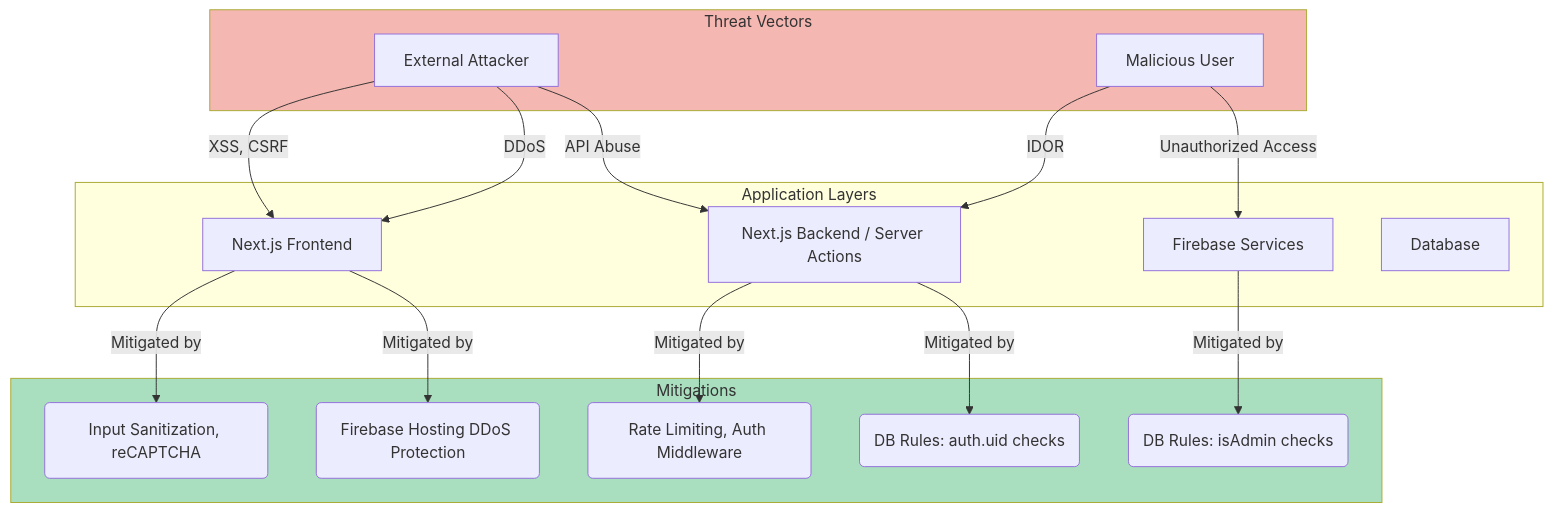
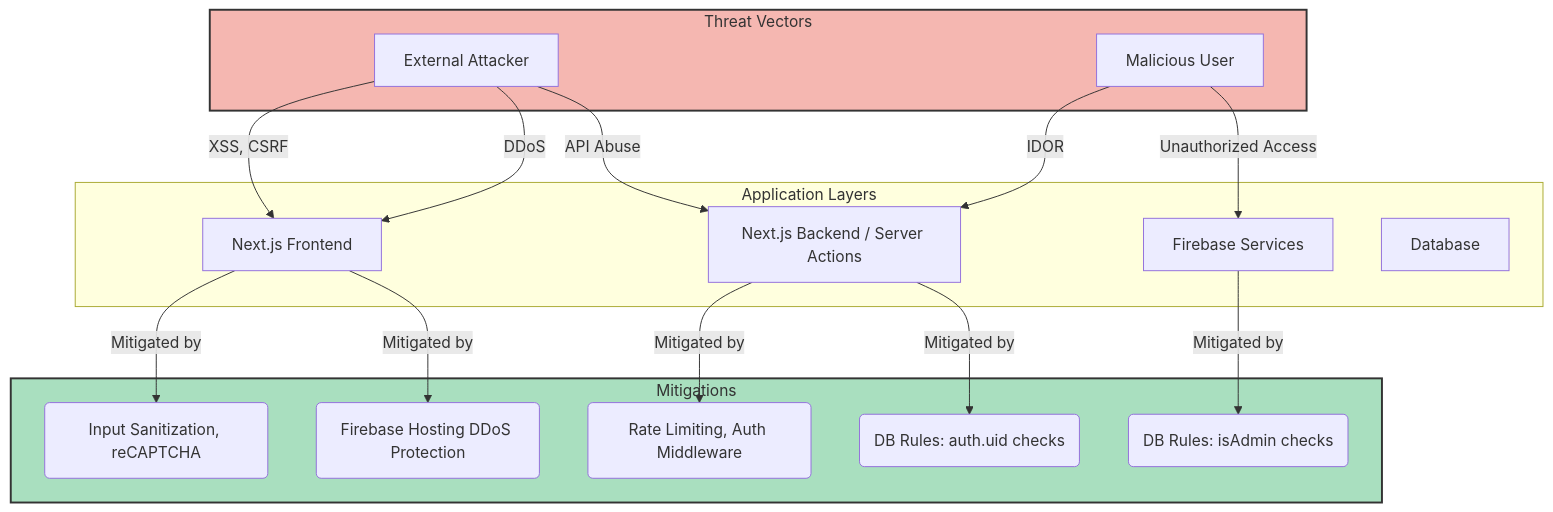
The fourth of 6 diagrams in src/markdown_files/VISUAL_FRAMEWORK.md (Kmaina32/Ubuntu-Academy-), drawn with Mermaid before and after one commit. The commit also changed other lines of this file, not shown here.

Commit message:
some diagrams now have errors

````diff
--- a/src/markdown_files/VISUAL_FRAMEWORK.md
+++ b/src/markdown_files/VISUAL_FRAMEWORK.md
@@ -120,37 +120,37 @@
 ```mermaid
 graph TD
     subgraph THREATS ["Threat Vectors"]
-        A[External Attacker]
-        B[Malicious User]
+        A["External Attacker"]
+        B["Malicious User"]
     end
     
     subgraph LAYERS ["Application Layers"]
-        C[Next.js Frontend]
+        C["Next.js Frontend"]
         D["Next.js Backend / Server Actions"]
-        E[Firebase Services]
-        F[Database]
+        E["Firebase Services"]
+        F["Database"]
     end
     
-    A -->|XSS, CSRF| C
+    A -->|"XSS, CSRF"| C
     A -->|DDoS| C
     A -->|"API Abuse"| D
     B -->|IDOR| D
     B -->|"Unauthorized Access"| E
     
     subgraph MITIGATIONS ["Mitigations"]
-        M1(Input Sanitization, reCAPTCHA)
-        M2(Firebase Hosting DDoS Protection)
-        M3(Rate Limiting, Auth Middleware)
-        M4(DB Rules: auth.uid checks)
-        M5(DB Rules: isAdmin checks)
+        M1("Input Sanitization, reCAPTCHA")
+        M2("Firebase Hosting DDoS Protection")
+        M3("Rate Limiting, Auth Middleware")
+        M4("DB Rules: auth.uid checks")
+        M5("DB Rules: isAdmin checks")
     end
     
-    C -- Mitigated by --> M1
-    C -- Mitigated by --> M2
-    D -- Mitigated by --> M3
-    D -- Mitigated by --> M4
-    E -- Mitigated by --> M5
+    C -- "Mitigated by" --> M1
+    C -- "Mitigated by" --> M2
+    D -- "Mitigated by" --> M3
+    D -- "Mitigated by" --> M4
+    E -- "Mitigated by" --> M5
     
-    style THREATS fill:#F5B7B1
-    style MITIGATIONS fill:#A9DFBF
+    style THREATS fill:#F5B7B1,stroke:#333,stroke-width:2px
+    style MITIGATIONS fill:#A9DFBF,stroke:#333,stroke-width:2px
 ```
````
